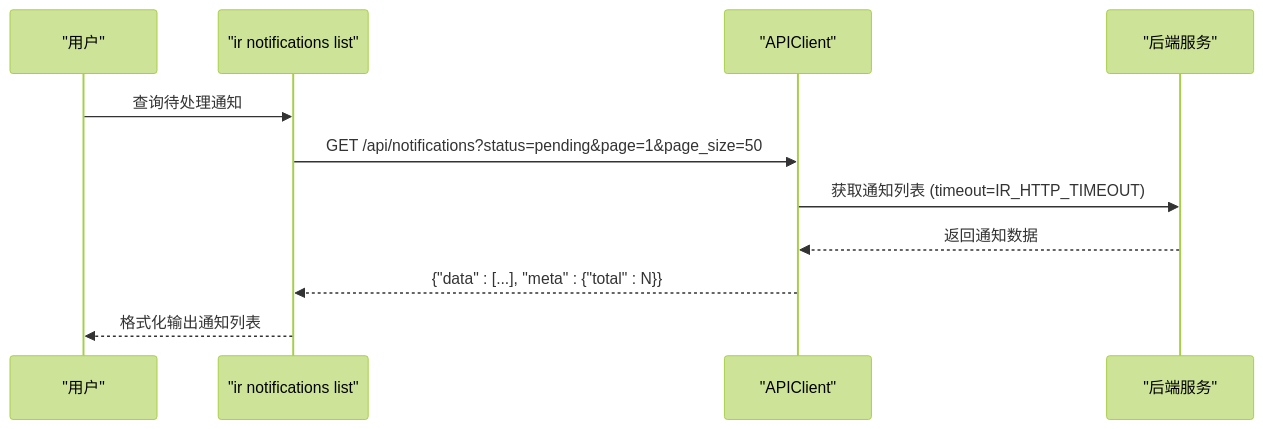
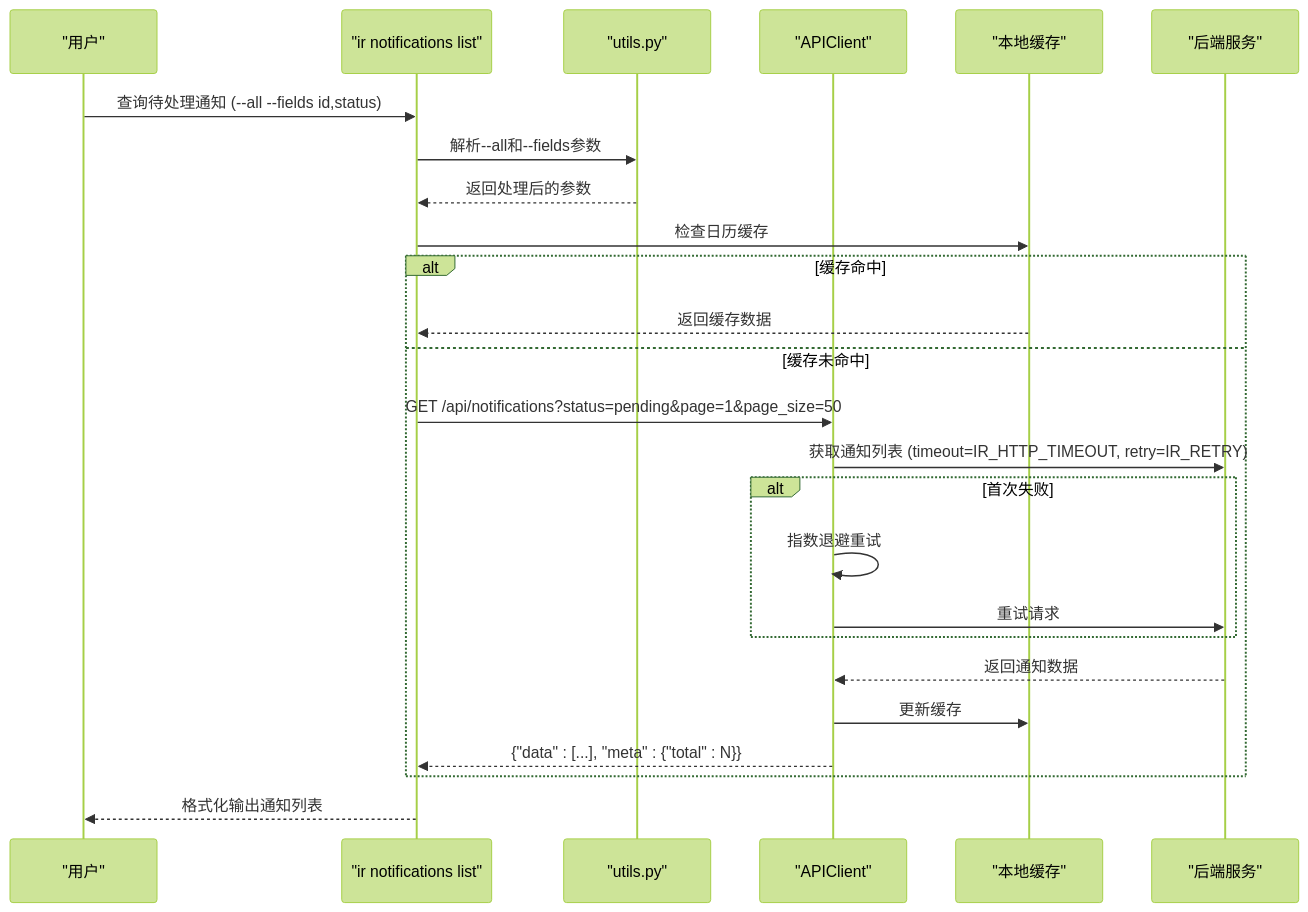
One commit to gujialind/InvestRing changed the sixth of 7 diagrams in .qoder/repowiki/zh/content/开发指南/InvestRing HTTP客户端CLI工具.md. Above: the diagram before and after it, drawn with Mermaid (forest theme). The commit also changed other lines of this file and 8 other files, not shown here.

````diff
--- a/.qoder/repowiki/zh/content/开发指南/InvestRing HTTP客户端CLI工具.md
+++ b/.qoder/repowiki/zh/content/开发指南/InvestRing HTTP客户端CLI工具.md
@@ -277,13 +343,27 @@
 ```mermaid
 sequenceDiagram
 participant U as "用户"
 participant CLI as "ir notifications list"
+participant UTIL as "utils.py"
 participant C as "APIClient"
+participant CACHE as "本地缓存"
 participant S as "后端服务"
-U->>CLI : 查询待处理通知
+U->>CLI : 查询待处理通知 (--all --fields id,status)
+CLI->>UTIL : 解析--all和--fields参数
+UTIL-->>CLI : 返回处理后的参数
+CLI->>CACHE : 检查日历缓存
+alt 缓存命中
+CACHE-->>CLI : 返回缓存数据
+else 缓存未命中
 CLI->>C : GET /api/notifications?status=pending&page=1&page_size=50
-C->>S : 获取通知列表 (timeout=IR_HTTP_TIMEOUT)
+C->>S : 获取通知列表 (timeout=IR_HTTP_TIMEOUT, retry=IR_RETRY)
+alt 首次失败
+C->>C : 指数退避重试
+C->>S : 重试请求
+end
 S-->>C : 返回通知数据
+C->>CACHE : 更新缓存
 C-->>CLI : {"data" : [...], "meta" : {"total" : N}}
+end
 CLI-->>U : 格式化输出通知列表
 ```
````
